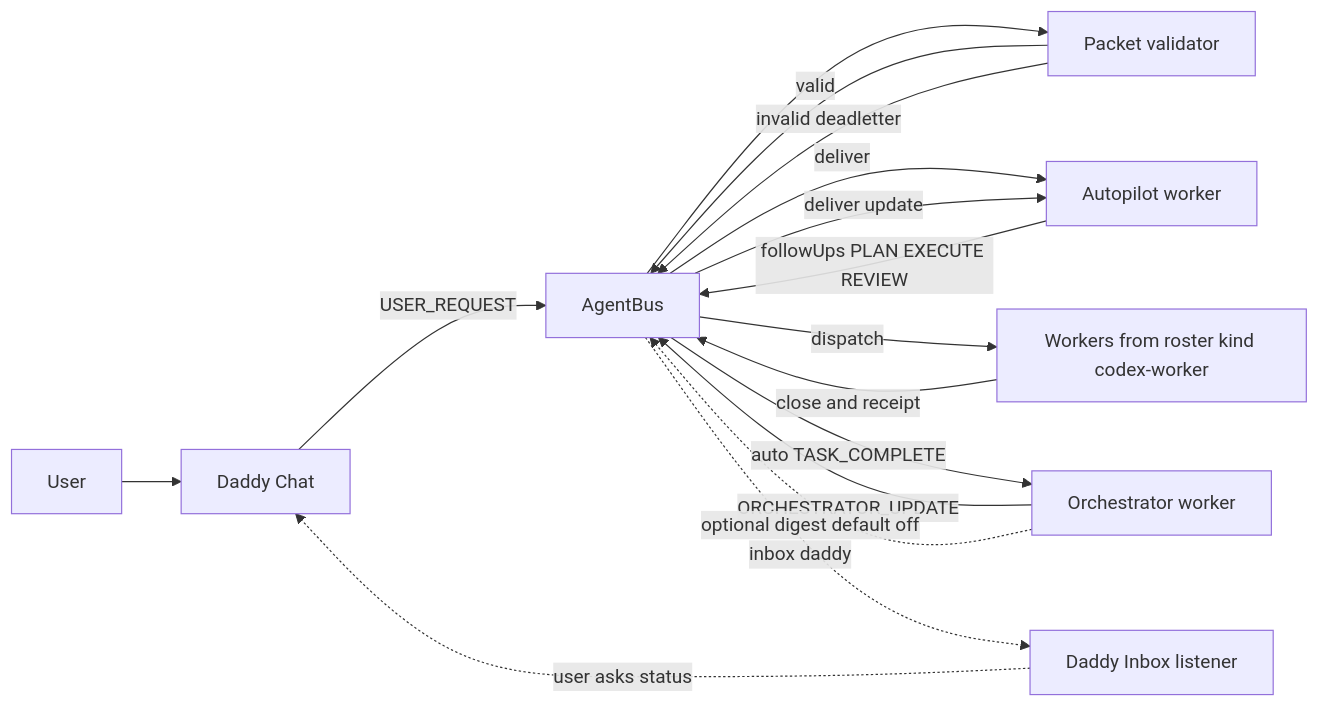
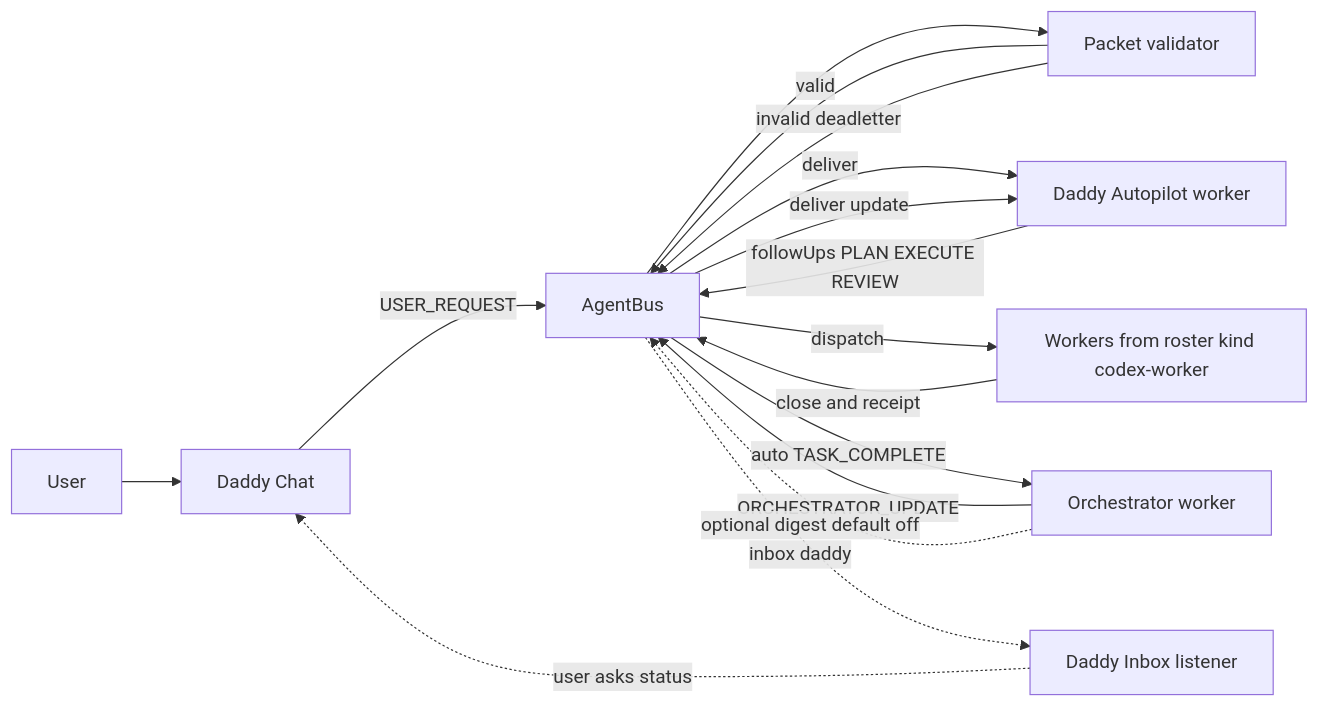
The first of 3 diagrams in docs/agentic/WORKFLOW_VISUALS.md (future3OOO/agentic-cockpit), drawn with Mermaid before and after one commit. The commit also changed other lines of this file and 1 other file, not shown here.

Commit message:
docs: address PR feedback on workflow diagram accuracy

````diff
--- a/docs/agentic/WORKFLOW_VISUALS.md
+++ b/docs/agentic/WORKFLOW_VISUALS.md
@@ -10,21 +10,21 @@
 ```mermaid
 flowchart LR
   User["User"] --> Chat["Daddy Chat"]
   Chat -->|USER_REQUEST| Bus["AgentBus"]
   Bus --> Validator["Packet validator"]
   Validator -->|valid| Bus
   Validator -->|invalid deadletter| Bus
 
-  Bus -->|deliver| Auto["Autopilot worker"]
+  Bus -->|deliver| Auto["Daddy Autopilot worker"]
   Auto -->|followUps PLAN EXECUTE REVIEW| Bus
   Bus -->|dispatch| Workers["Workers from roster kind codex-worker"]
 
   Workers -->|close and receipt| Bus
   Bus -->|auto TASK_COMPLETE| Orch["Orchestrator worker"]
   Orch -->|ORCHESTRATOR_UPDATE| Bus
   Bus -->|deliver update| Auto
 
   Orch -. optional digest default off .-> Bus
   Bus -. inbox daddy .-> Inbox["Daddy Inbox listener"]
   Inbox -. user asks status .-> Chat
 ```
````
